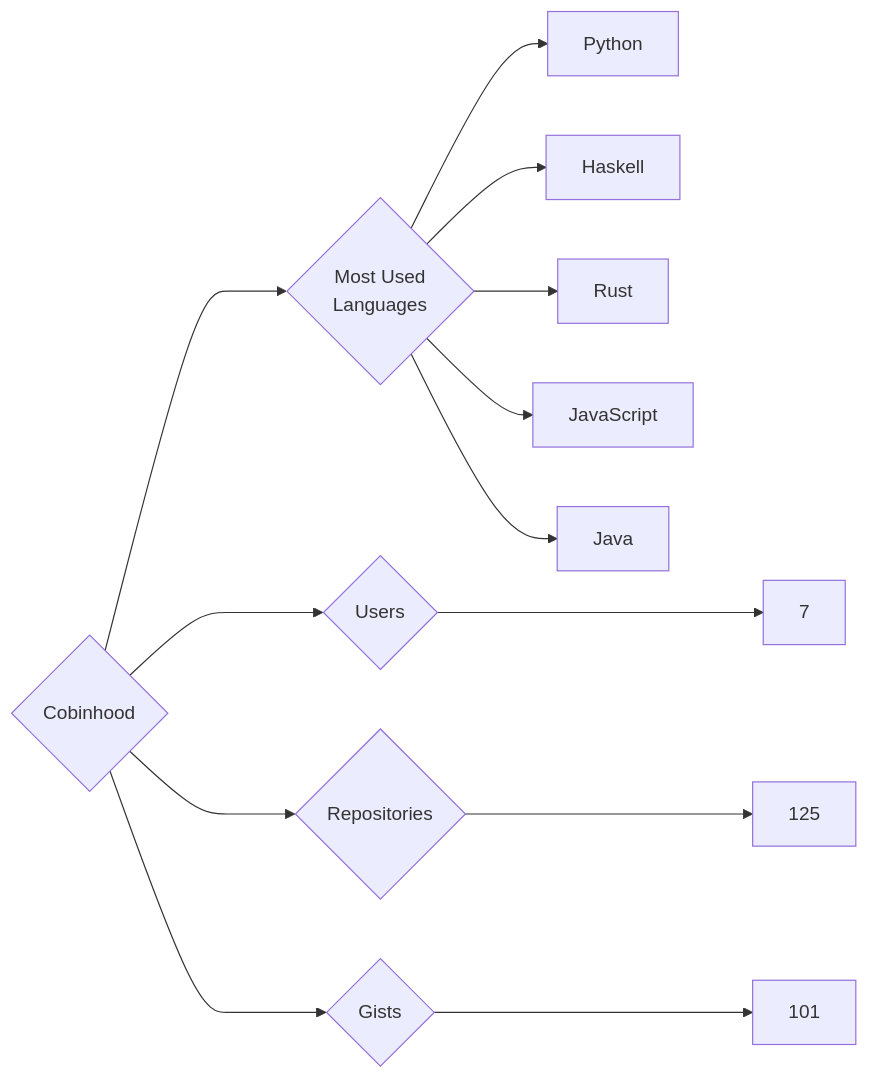
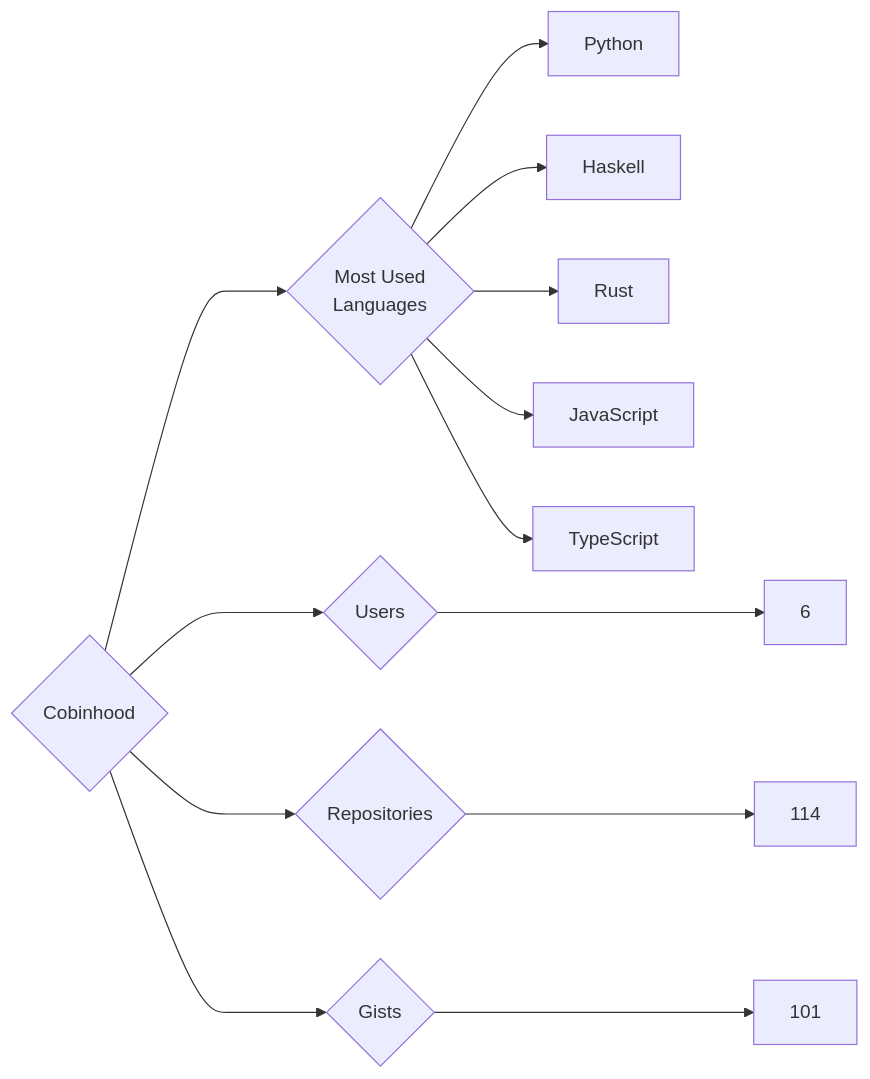
Before and after one commit to trickest/insiders: the diagram in targets/Cobinhood/README.md, drawn with Mermaid. The commit also changed 1003 other files, not shown here.

````diff
--- a/targets/Cobinhood/README.md
+++ b/targets/Cobinhood/README.md
@@ -3,13 +3,13 @@
 ```mermaid
 graph LR
 COMPANY_NAME{Cobinhood}
-COMPANY_NAME ---> U{Users} ---> UN[7]
-COMPANY_NAME ---> R{Repositories} ---> RN[125]
+COMPANY_NAME ---> U{Users} ---> UN[6]
+COMPANY_NAME ---> R{Repositories} ---> RN[114]
 COMPANY_NAME ---> G{Gists} ---> GN[101]
 COMPANY_NAME ---> ML{Most Used<br>Languages}
 ML --> Python[Python]
 ML --> Haskell[Haskell]
 ML --> Rust[Rust]
 ML --> JavaScript[JavaScript]
-ML --> Java[Java]
+ML --> TypeScript[TypeScript]
 ```
````
